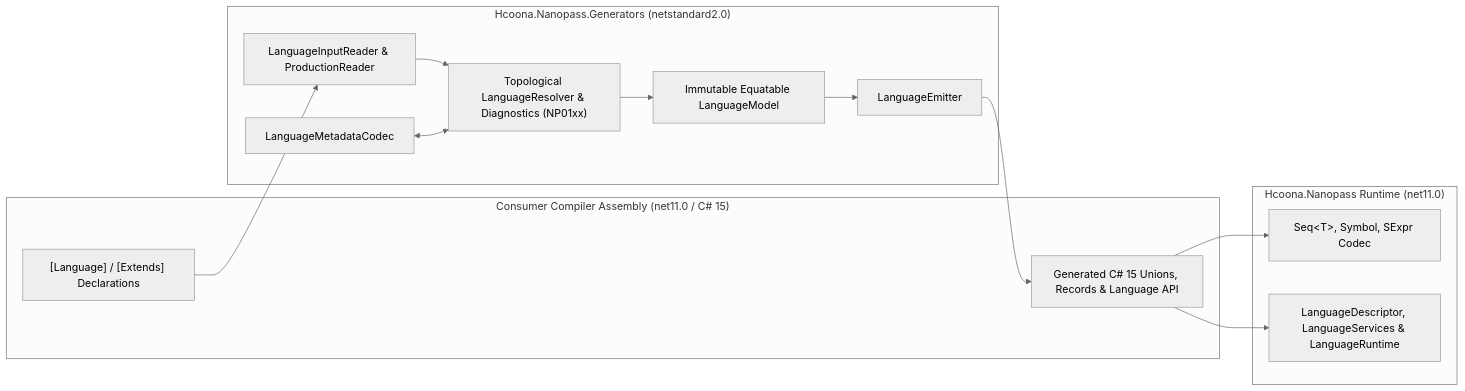
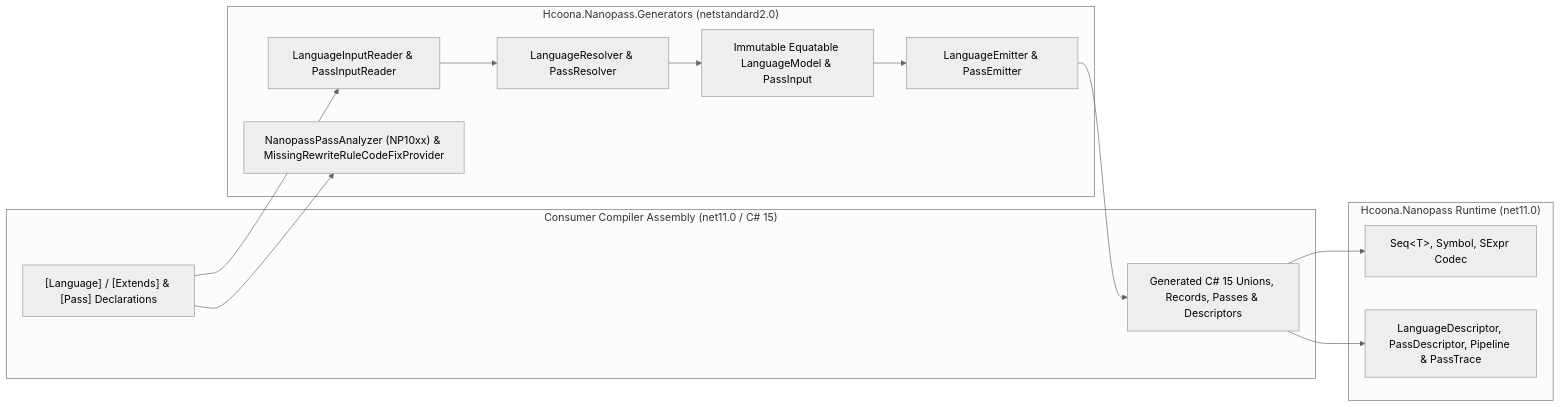
Before and after one commit to hcoona/three: the diagram in src/public/lib/Nanopass/docs/architecture.md, drawn with Mermaid (neutral theme). The commit also changed other lines of this file and 52 other files, not shown here.

First line of the commit message:
feat(nanopass): Implement Pass Synthesis, Catamorphisms, Analyzer, and CodeFix (#1790)

````diff
--- a/src/public/lib/Nanopass/docs/architecture.md
+++ b/src/public/lib/Nanopass/docs/architecture.md
@@ -16,26 +16,26 @@
 ```mermaid
 flowchart LR
     subgraph Consumer["Consumer Compiler Assembly (net11.0 / C# 15)"]
-        Decl["[Language] / [Extends] Declarations"]
-        GenIR["Generated C# 15 Unions, Records & Language API"]
+        Decl["[Language] / [Extends] & [Pass] Declarations"]
+        GenIR["Generated C# 15 Unions, Records, Passes & Descriptors"]
     end
 
     subgraph Generator["Hcoona.Nanopass.Generators (netstandard2.0)"]
-        Reader["LanguageInputReader & ProductionReader"]
-        Model["Immutable Equatable LanguageModel"]
-        Resolver["Topological LanguageResolver & Diagnostics (NP01xx)"]
-        Codec["LanguageMetadataCodec"]
-        Emitter["LanguageEmitter"]
+        Reader["LanguageInputReader & PassInputReader"]
+        Model["Immutable Equatable LanguageModel & PassInput"]
+        Resolver["LanguageResolver & PassResolver"]
+        Analyzer["NanopassPassAnalyzer (NP10xx) & MissingRewriteRuleCodeFixProvider"]
+        Emitter["LanguageEmitter & PassEmitter"]
     end
 
     subgraph Runtime["Hcoona.Nanopass Runtime (net11.0)"]
         Primitives["Seq&lt;T&gt;, Symbol, SExpr Codec"]
-        Services["LanguageDescriptor, LanguageServices & LanguageRuntime"]
+        Services["LanguageDescriptor, PassDescriptor, Pipeline & PassTrace"]
     end
 
     Decl --> Reader --> Resolver --> Model
-    Codec <--> Resolver
     Model --> Emitter --> GenIR
+    Decl --> Analyzer
     GenIR --> Primitives
     GenIR --> Services
 ```
````
